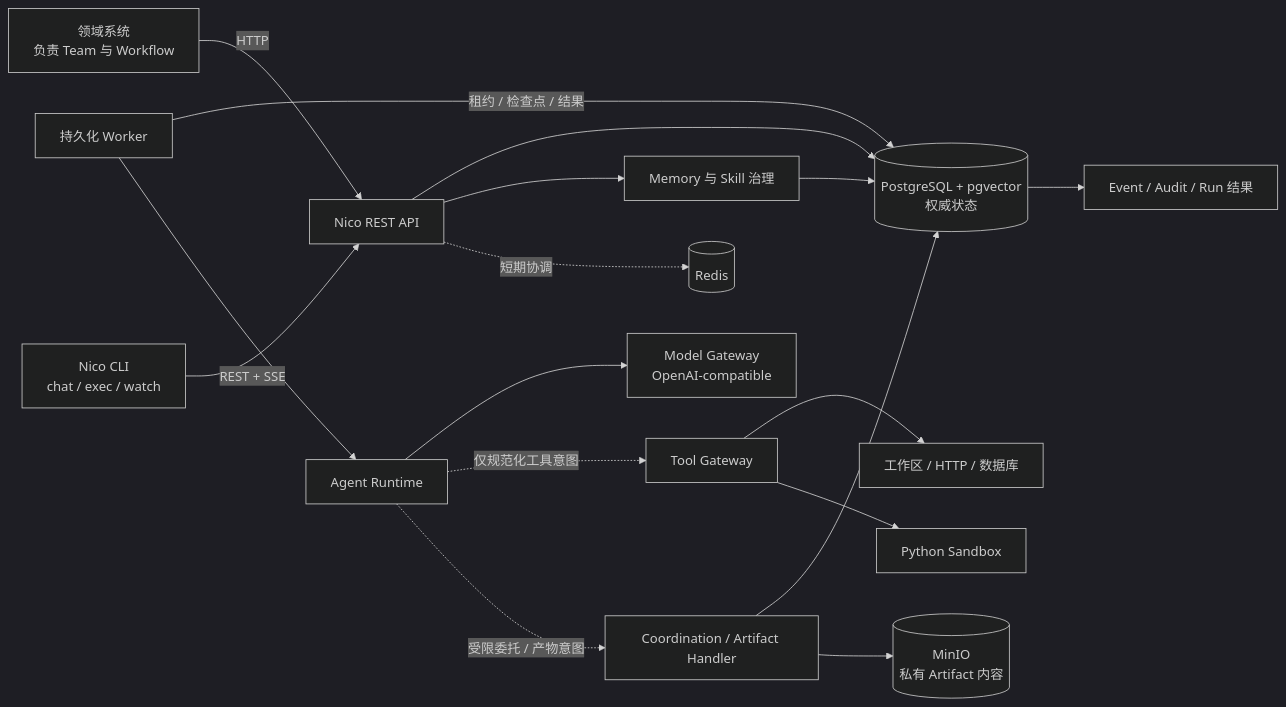
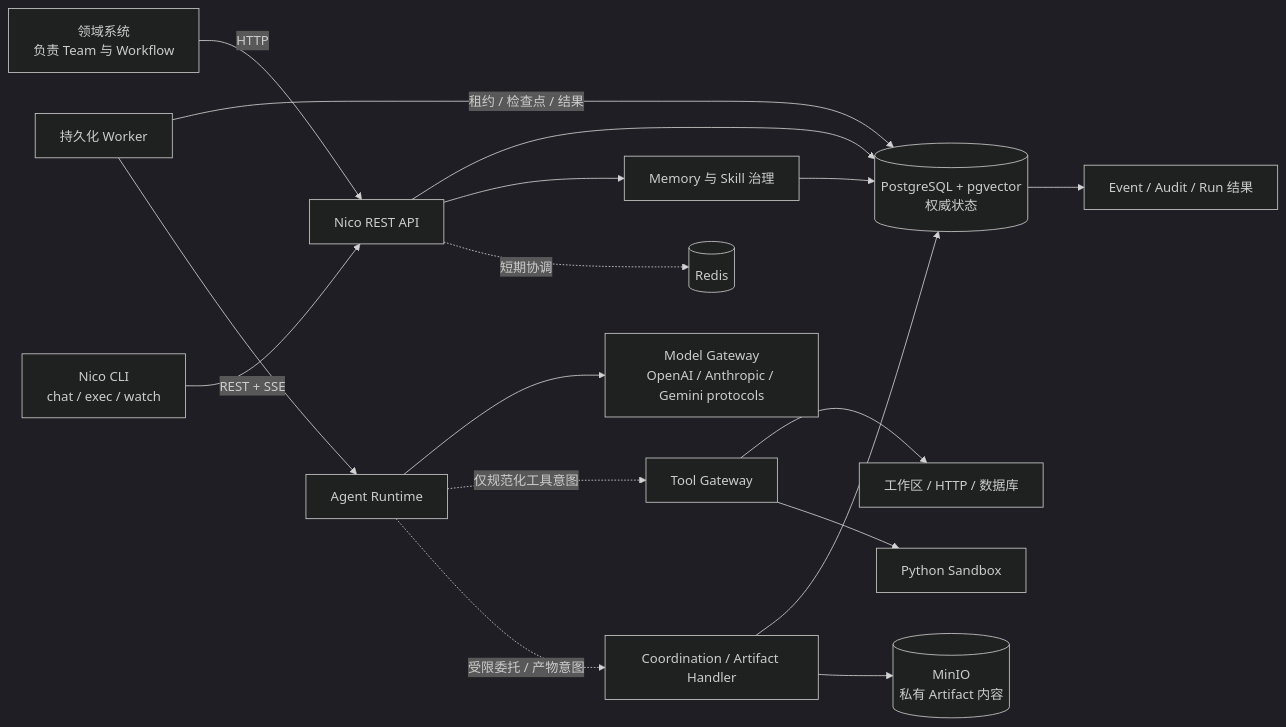
One commit to Phlosy/Nico-agent changed the diagram in README.md. Above: the diagram before and after it, drawn with Mermaid (dark theme). The commit also changed other lines of this file and 8 other files, not shown here.

````diff
--- a/README.md
+++ b/README.md
@@ -241,19 +266,19 @@
 ```mermaid
 flowchart LR
     Domain["领域系统<br/>负责 Team 与 Workflow"] -->|HTTP| API["Nico REST API"]
     CLI["Nico CLI<br/>chat / exec / watch"] -->|REST + SSE| API
     API --> PG[("PostgreSQL + pgvector<br/>权威状态")]
     Worker["持久化 Worker"] -->|租约 / 检查点 / 结果| PG
     Worker --> Runtime["Agent Runtime"]
-    Runtime --> Model["Model Gateway<br/>OpenAI-compatible"]
+    Runtime --> Model["Model Gateway<br/>OpenAI / Anthropic / Gemini protocols"]
     Runtime -. "仅规范化工具意图" .-> Gateway["Tool Gateway"]
     Runtime -. "受限委托 / 产物意图" .-> Coordination["Coordination / Artifact Handler"]
     Coordination --> PG
     Gateway --> Tools["工作区 / HTTP / 数据库"]
     Gateway --> Sandbox["Python Sandbox"]
     API --> Growth["Memory 与 Skill 治理"]
     Growth --> PG
     PG --> Records["Event / Audit / Run 结果"]
     API -. "短期协调" .-> Redis[(Redis)]
     Coordination --> MinIO[(MinIO<br/>私有 Artifact 内容)]
 ```
````
